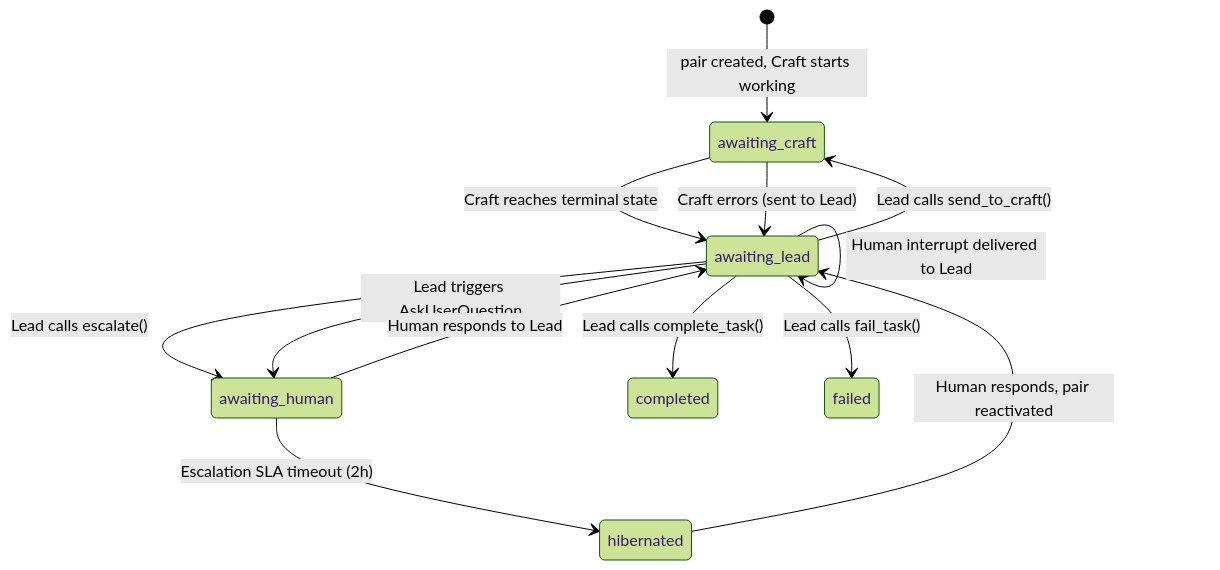
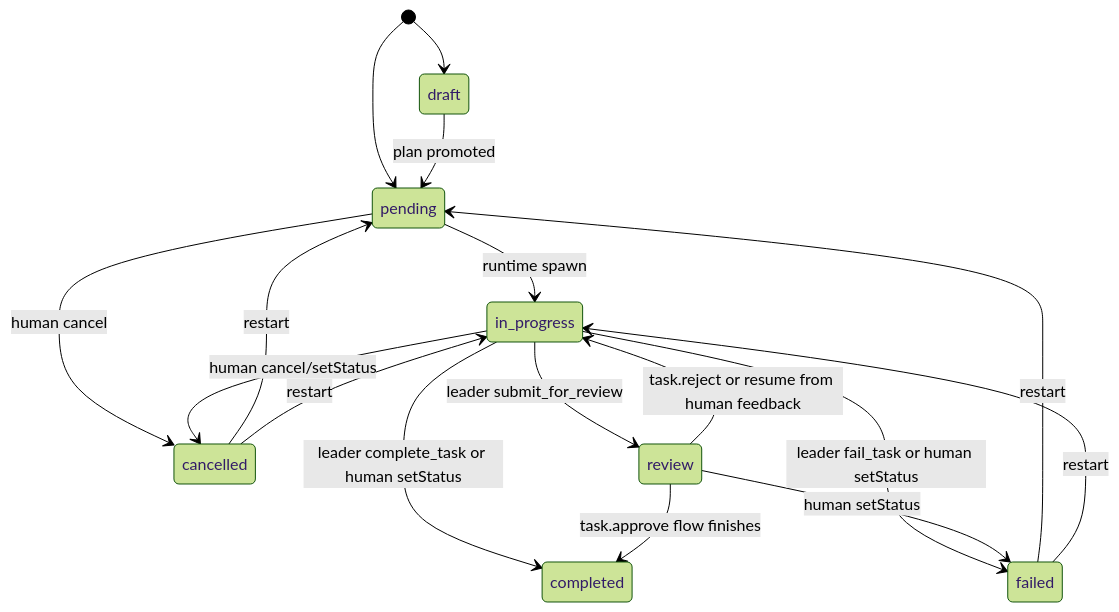
Before and after one commit to lsm/neokai: the first of 4 diagrams in docs/design/room-runtime-spec.md, drawn with Mermaid (forest theme). The commit also changed other lines of this file and 26 other files, not shown here.

````diff
--- a/docs/design/room-runtime-spec.md
+++ b/docs/design/room-runtime-spec.md
@@ -502,15 +25,25 @@
 ```mermaid
 stateDiagram-v2
-    [*] --> awaiting_craft : pair created, Craft starts working
-    awaiting_craft --> awaiting_lead : Craft reaches terminal state
-    awaiting_lead --> awaiting_craft : Lead calls send_to_craft()
-    awaiting_lead --> awaiting_human : Lead calls escalate()
-    awaiting_lead --> awaiting_human : Lead triggers AskUserQuestion
-    awaiting_lead --> awaiting_lead : Human interrupt delivered to Lead
-    awaiting_human --> awaiting_lead : Human responds to Lead
-    awaiting_human --> hibernated : Escalation SLA timeout (2h)
-    hibernated --> awaiting_lead : Human responds, pair reactivated
-    awaiting_lead --> completed : Lead calls complete_task()
-    awaiting_lead --> failed : Lead calls fail_task()
-    awaiting_craft --> awaiting_lead : Craft errors (sent to Lead)
+    [*] --> draft
+    [*] --> pending
+
+    draft --> pending: plan promoted
+
+    pending --> in_progress: runtime spawn
+    pending --> cancelled: human cancel
+
+    in_progress --> review: leader submit_for_review
+    in_progress --> completed: leader complete_task or human setStatus
+    in_progress --> failed: leader fail_task or human setStatus
+    in_progress --> cancelled: human cancel/setStatus
+
+    review --> in_progress: task.reject or resume from human feedback
+    review --> completed: task.approve flow finishes
+    review --> failed: human setStatus
+
+    failed --> pending: restart
+    failed --> in_progress: restart
+
+    cancelled --> pending: restart
+    cancelled --> in_progress: restart
 ```
````
